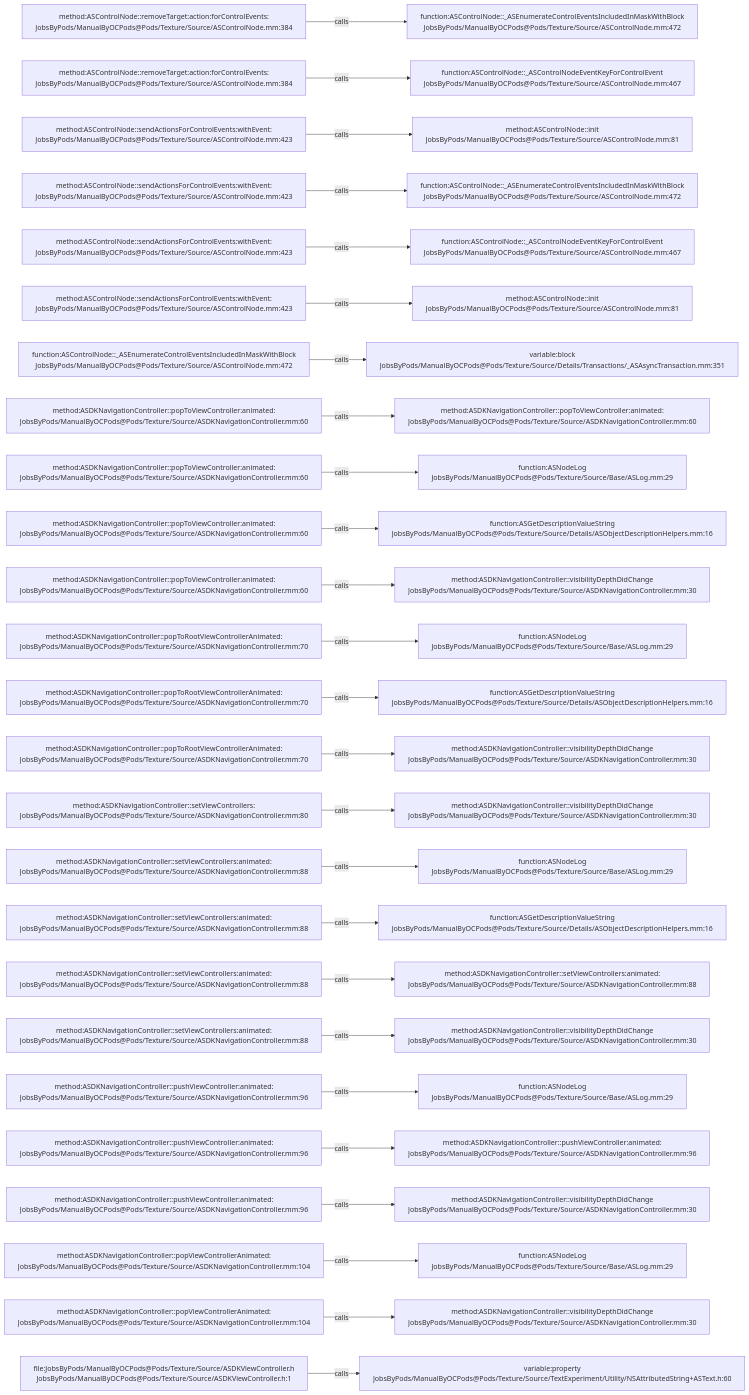
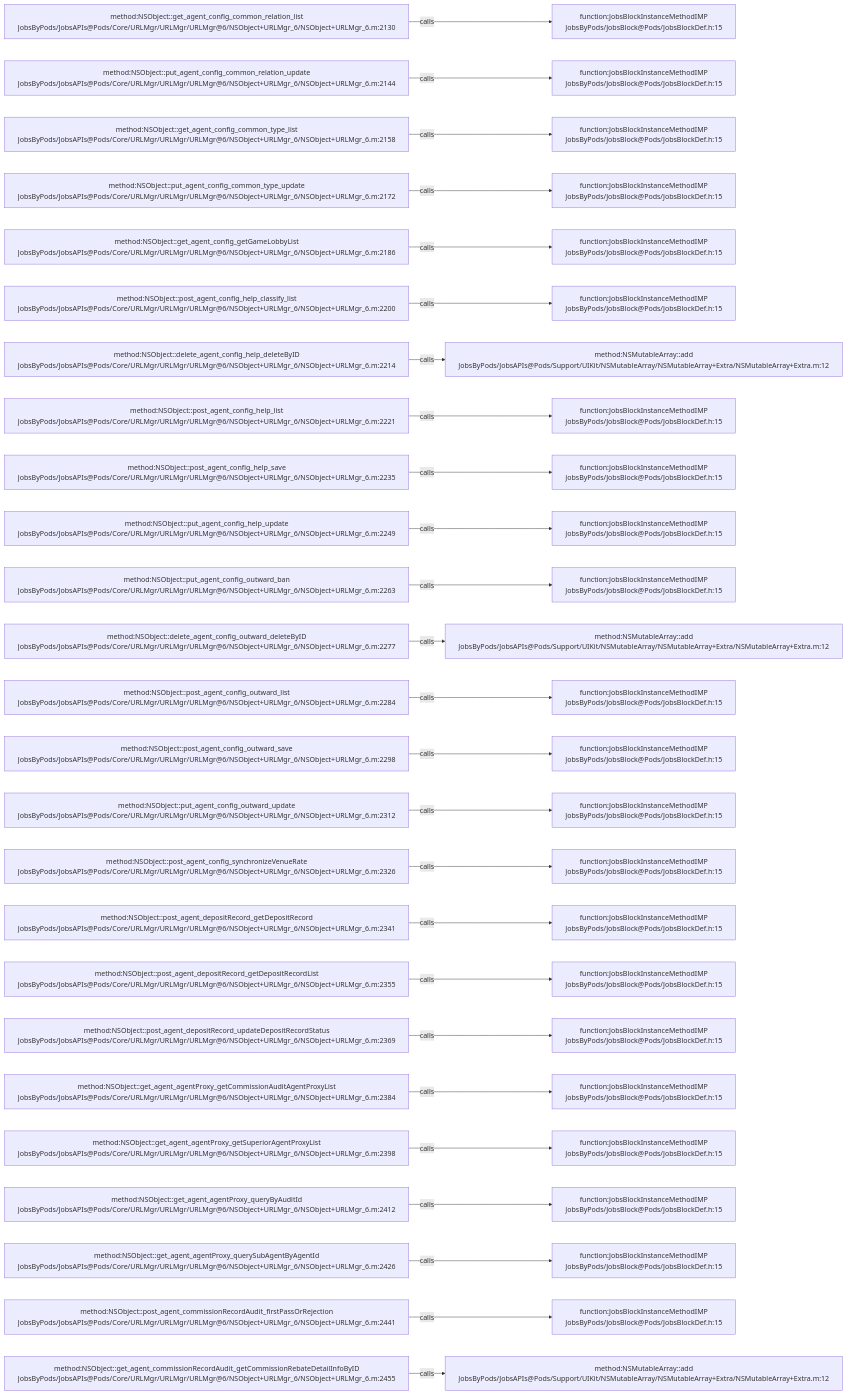
The diagram in .codegraph/codegraph.md/graphs/calls-073.md (JobsKits/JobsOCBaseConfigDemo), drawn with Mermaid before and after one commit. The commit also changed 768 other files, not shown here.

````diff
--- a/.codegraph/codegraph.md/graphs/calls-073.md
+++ b/.codegraph/codegraph.md/graphs/calls-073.md
@@ -13,78 +13,78 @@
 ```mermaid
 flowchart LR
-  S1["method:ASControlNode::removeTarget:action:forControlEvents:<br/>JobsByPods/ManualByOCPods@Pods/Texture/Source/ASControlNode.mm:384"]
-  T1["function:ASControlNode::_ASEnumerateControlEventsIncludedInMaskWithBlock<br/>JobsByPods/ManualByOCPods@Pods/Texture/Source/ASControlNode.mm:472"]
+  S1["method:NSObject::get_agent_config_common_relation_list<br/>JobsByPods/JobsAPIs@Pods/Core/URLMgr/URLMgr/URLMgr@6/NSObject+URLMgr_6/NSObject+URLMgr_6.m:2130"]
+  T1["function:JobsBlockInstanceMethodIMP<br/>JobsByPods/JobsBlock@Pods/JobsBlockDef.h:15"]
   S1 -->|calls| T1
-  S2["method:ASControlNode::removeTarget:action:forControlEvents:<br/>JobsByPods/ManualByOCPods@Pods/Texture/Source/ASControlNode.mm:384"]
-  T2["function:ASControlNode::_ASControlNodeEventKeyForControlEvent<br/>JobsByPods/ManualByOCPods@Pods/Texture/Source/ASControlNode.mm:467"]
+  S2["method:NSObject::put_agent_config_common_relation_update<br/>JobsByPods/JobsAPIs@Pods/Core/URLMgr/URLMgr/URLMgr@6/NSObject+URLMgr_6/NSObject+URLMgr_6.m:2144"]
+  T2["function:JobsBlockInstanceMethodIMP<br/>JobsByPods/JobsBlock@Pods/JobsBlockDef.h:15"]
   S2 -->|calls| T2
-  S3["method:ASControlNode::sendActionsForControlEvents:withEvent:<br/>JobsByPods/ManualByOCPods@Pods/Texture/Source/ASControlNode.mm:423"]
-  T3["method:ASControlNode::init<br/>JobsByPods/ManualByOCPods@Pods/Texture/Source/ASControlNode.mm:81"]
+  S3["method:NSObject::get_agent_config_common_type_list<br/>JobsByPods/JobsAPIs@Pods/Core/URLMgr/URLMgr/URLMgr@6/NSObject+URLMgr_6/NSObject+URLMgr_6.m:2158"]
+  T3["function:JobsBlockInstanceMethodIMP<br/>JobsByPods/JobsBlock@Pods/JobsBlockDef.h:15"]
   S3 -->|calls| T3
-  S4["method:ASControlNode::sendActionsForControlEvents:withEvent:<br/>JobsByPods/ManualByOCPods@Pods/Texture/Source/ASControlNode.mm:423"]
-  T4["function:ASControlNode::_ASEnumerateControlEventsIncludedInMaskWithBlock<br/>JobsByPods/ManualByOCPods@Pods/Texture/Source/ASControlNode.mm:472"]
+  S4["method:NSObject::put_agent_config_common_type_update<br/>JobsByPods/JobsAPIs@Pods/Core/URLMgr/URLMgr/URLMgr@6/NSObject+URLMgr_6/NSObject+URLMgr_6.m:2172"]
+  T4["function:JobsBlockInstanceMethodIMP<br/>JobsByPods/JobsBlock@Pods/JobsBlockDef.h:15"]
   S4 -->|calls| T4
-  S5["method:ASControlNode::sendActionsForControlEvents:withEvent:<br/>JobsByPods/ManualByOCPods@Pods/Texture/Source/ASControlNode.mm:423"]
-  T5["function:ASControlNode::_ASControlNodeEventKeyForControlEvent<br/>JobsByPods/ManualByOCPods@Pods/Texture/Source/ASControlNode.mm:467"]
+  S5["method:NSObject::get_agent_config_getGameLobbyList<br/>JobsByPods/JobsAPIs@Pods/Core/URLMgr/URLMgr/URLMgr@6/NSObject+URLMgr_6/NSObject+URLMgr_6.m:2186"]
+  T5["function:JobsBlockInstanceMethodIMP<br/>JobsByPods/JobsBlock@Pods/JobsBlockDef.h:15"]
   S5 -->|calls| T5
-  S6["method:ASControlNode::sendActionsForControlEvents:withEvent:<br/>JobsByPods/ManualByOCPods@Pods/Texture/Source/ASControlNode.mm:423"]
-  T6["method:ASControlNode::init<br/>JobsByPods/ManualByOCPods@Pods/Texture/Source/ASControlNode.mm:81"]
+  S6["method:NSObject::post_agent_config_help_classify_list<br/>JobsByPods/JobsAPIs@Pods/Core/URLMgr/URLMgr/URLMgr@6/NSObject+URLMgr_6/NSObject+URLMgr_6.m:2200"]
+  T6["function:JobsBlockInstanceMethodIMP<br/>JobsByPods/JobsBlock@Pods/JobsBlockDef.h:15"]
   S6 -->|calls| T6
-  S7["function:ASControlNode::_ASEnumerateControlEventsIncludedInMaskWithBlock<br/>JobsByPods/ManualByOCPods@Pods/Texture/Source/ASControlNode.mm:472"]
-  T7["variable:block<br/>JobsByPods/ManualByOCPods@Pods/Texture/Source/Details/Transactions/_ASAsyncTransaction.mm:351"]
+  S7["method:NSObject::delete_agent_config_help_deleteByID<br/>JobsByPods/JobsAPIs@Pods/Core/URLMgr/URLMgr/URLMgr@6/NSObject+URLMgr_6/NSObject+URLMgr_6.m:2214"]
+  T7["method:NSMutableArray::add<br/>JobsByPods/JobsAPIs@Pods/Support/UIKit/NSMutableArray/NSMutableArray+Extra/NSMutableArray+Extra.m:12"]
   S7 -->|calls| T7
-  S8["method:ASDKNavigationController::popToViewController:animated:<br/>JobsByPods/ManualByOCPods@Pods/Texture/Source/ASDKNavigationController.mm:60"]
-  T8["method:ASDKNavigationController::popToViewController:animated:<br/>JobsByPods/ManualByOCPods@Pods/Texture/Source/ASDKNavigationController.mm:60"]
+  S8["method:NSObject::post_agent_config_help_list<br/>JobsByPods/JobsAPIs@Pods/Core/URLMgr/URLMgr/URLMgr@6/NSObject+URLMgr_6/NSObject+URLMgr_6.m:2221"]
+  T8["function:JobsBlockInstanceMethodIMP<br/>JobsByPods/JobsBlock@Pods/JobsBlockDef.h:15"]
   S8 -->|calls| T8
-  S9["method:ASDKNavigationController::popToViewController:animated:<br/>JobsByPods/ManualByOCPods@Pods/Texture/Source/ASDKNavigationController.mm:60"]
-  T9["function:ASNodeLog<br/>JobsByPods/ManualByOCPods@Pods/Texture/Source/Base/ASLog.mm:29"]
+  S9["method:NSObject::post_agent_config_help_save<br/>JobsByPods/JobsAPIs@Pods/Core/URLMgr/URLMgr/URLMgr@6/NSObject+URLMgr_6/NSObject+URLMgr_6.m:2235"]
+  T9["function:JobsBlockInstanceMethodIMP<br/>JobsByPods/JobsBlock@Pods/JobsBlockDef.h:15"]
   S9 -->|calls| T9
-  S10["method:ASDKNavigationController::popToViewController:animated:<br/>JobsByPods/ManualByOCPods@Pods/Texture/Source/ASDKNavigationController.mm:60"]
-  T10["function:ASGetDescriptionValueString<br/>JobsByPods/ManualByOCPods@Pods/Texture/Source/Details/ASObjectDescriptionHelpers.mm:16"]
+  S10["method:NSObject::put_agent_config_help_update<br/>JobsByPods/JobsAPIs@Pods/Core/URLMgr/URLMgr/URLMgr@6/NSObject+URLMgr_6/NSObject+URLMgr_6.m:2249"]
+  T10["function:JobsBlockInstanceMethodIMP<br/>JobsByPods/JobsBlock@Pods/JobsBlockDef.h:15"]
   S10 -->|calls| T10
-  S11["method:ASDKNavigationController::popToViewController:animated:<br/>JobsByPods/ManualByOCPods@Pods/Texture/Source/ASDKNavigationController.mm:60"]
-  T11["method:ASDKNavigationController::visibilityDepthDidChange<br/>JobsByPods/ManualByOCPods@Pods/Texture/Source/ASDKNavigationController.mm:30"]
+  S11["method:NSObject::put_agent_config_outward_ban<br/>JobsByPods/JobsAPIs@Pods/Core/URLMgr/URLMgr/URLMgr@6/NSObject+URLMgr_6/NSObject+URLMgr_6.m:2263"]
+  T11["function:JobsBlockInstanceMethodIMP<br/>JobsByPods/JobsBlock@Pods/JobsBlockDef.h:15"]
   S11 -->|calls| T11
-  S12["method:ASDKNavigationController::popToRootViewControllerAnimated:<br/>JobsByPods/ManualByOCPods@Pods/Texture/Source/ASDKNavigationController.mm:70"]
-  T12["function:ASNodeLog<br/>JobsByPods/ManualByOCPods@Pods/Texture/Source/Base/ASLog.mm:29"]
+  S12["method:NSObject::delete_agent_config_outward_deleteByID<br/>JobsByPods/JobsAPIs@Pods/Core/URLMgr/URLMgr/URLMgr@6/NSObject+URLMgr_6/NSObject+URLMgr_6.m:2277"]
+  T12["method:NSMutableArray::add<br/>JobsByPods/JobsAPIs@Pods/Support/UIKit/NSMutableArray/NSMutableArray+Extra/NSMutableArray+Extra.m:12"]
   S12 -->|calls| T12
-  S13["method:ASDKNavigationController::popToRootViewControllerAnimated:<br/>JobsByPods/ManualByOCPods@Pods/Texture/Source/ASDKNavigationController.mm:70"]
-  T13["function:ASGetDescriptionValueString<br/>JobsByPods/ManualByOCPods@Pods/Texture/Source/Details/ASObjectDescriptionHelpers.mm:16"]
+  S13["method:NSObject::post_agent_config_outward_list<br/>JobsByPods/JobsAPIs@Pods/Core/URLMgr/URLMgr/URLMgr@6/NSObject+URLMgr_6/NSObject+URLMgr_6.m:2284"]
+  T13["function:JobsBlockInstanceMethodIMP<br/>JobsByPods/JobsBlock@Pods/JobsBlockDef.h:15"]
   S13 -->|calls| T13
-  S14["method:ASDKNavigationController::popToRootViewControllerAnimated:<br/>JobsByPods/ManualByOCPods@Pods/Texture/Source/ASDKNavigationController.mm:70"]
-  T14["method:ASDKNavigationController::visibilityDepthDidChange<br/>JobsByPods/ManualByOCPods@Pods/Texture/Source/ASDKNavigationController.mm:30"]
+  S14["method:NSObject::post_agent_config_outward_save<br/>JobsByPods/JobsAPIs@Pods/Core/URLMgr/URLMgr/URLMgr@6/NSObject+URLMgr_6/NSObject+URLMgr_6.m:2298"]
+  T14["function:JobsBlockInstanceMethodIMP<br/>JobsByPods/JobsBlock@Pods/JobsBlockDef.h:15"]
   S14 -->|calls| T14
-  S15["method:ASDKNavigationController::setViewControllers:<br/>JobsByPods/ManualByOCPods@Pods/Texture/Source/ASDKNavigationController.mm:80"]
-  T15["method:ASDKNavigationController::visibilityDepthDidChange<br/>JobsByPods/ManualByOCPods@Pods/Texture/Source/ASDKNavigationController.mm:30"]
+  S15["method:NSObject::put_agent_config_outward_update<br/>JobsByPods/JobsAPIs@Pods/Core/URLMgr/URLMgr/URLMgr@6/NSObject+URLMgr_6/NSObject+URLMgr_6.m:2312"]
+  T15["function:JobsBlockInstanceMethodIMP<br/>JobsByPods/JobsBlock@Pods/JobsBlockDef.h:15"]
   S15 -->|calls| T15
-  S16["method:ASDKNavigationController::setViewControllers:animated:<br/>JobsByPods/ManualByOCPods@Pods/Texture/Source/ASDKNavigationController.mm:88"]
-  T16["function:ASNodeLog<br/>JobsByPods/ManualByOCPods@Pods/Texture/Source/Base/ASLog.mm:29"]
+  S16["method:NSObject::post_agent_config_synchronizeVenueRate<br/>JobsByPods/JobsAPIs@Pods/Core/URLMgr/URLMgr/URLMgr@6/NSObject+URLMgr_6/NSObject+URLMgr_6.m:2326"]
+  T16["function:JobsBlockInstanceMethodIMP<br/>JobsByPods/JobsBlock@Pods/JobsBlockDef.h:15"]
   S16 -->|calls| T16
-  S17["method:ASDKNavigationController::setViewControllers:animated:<br/>JobsByPods/ManualByOCPods@Pods/Texture/Source/ASDKNavigationController.mm:88"]
-  T17["function:ASGetDescriptionValueString<br/>JobsByPods/ManualByOCPods@Pods/Texture/Source/Details/ASObjectDescriptionHelpers.mm:16"]
+  S17["method:NSObject::post_agent_depositRecord_getDepositRecord<br/>JobsByPods/JobsAPIs@Pods/Core/URLMgr/URLMgr/URLMgr@6/NSObject+URLMgr_6/NSObject+URLMgr_6.m:2341"]
+  T17["function:JobsBlockInstanceMethodIMP<br/>JobsByPods/JobsBlock@Pods/JobsBlockDef.h:15"]
   S17 -->|calls| T17
-  S18["method:ASDKNavigationController::setViewControllers:animated:<br/>JobsByPods/ManualByOCPods@Pods/Texture/Source/ASDKNavigationController.mm:88"]
-  T18["method:ASDKNavigationController::setViewControllers:animated:<br/>JobsByPods/ManualByOCPods@Pods/Texture/Source/ASDKNavigationController.mm:88"]
+  S18["method:NSObject::post_agent_depositRecord_getDepositRecordList<br/>JobsByPods/JobsAPIs@Pods/Core/URLMgr/URLMgr/URLMgr@6/NSObject+URLMgr_6/NSObject+URLMgr_6.m:2355"]
+  T18["function:JobsBlockInstanceMethodIMP<br/>JobsByPods/JobsBlock@Pods/JobsBlockDef.h:15"]
   S18 -->|calls| T18
-  S19["method:ASDKNavigationController::setViewControllers:animated:<br/>JobsByPods/ManualByOCPods@Pods/Texture/Source/ASDKNavigationController.mm:88"]
-  T19["method:ASDKNavigationController::visibilityDepthDidChange<br/>JobsByPods/ManualByOCPods@Pods/Texture/Source/ASDKNavigationController.mm:30"]
+  S19["method:NSObject::post_agent_depositRecord_updateDepositRecordStatus<br/>JobsByPods/JobsAPIs@Pods/Core/URLMgr/URLMgr/URLMgr@6/NSObject+URLMgr_6/NSObject+URLMgr_6.m:2369"]
+  T19["function:JobsBlockInstanceMethodIMP<br/>JobsByPods/JobsBlock@Pods/JobsBlockDef.h:15"]
   S19 -->|calls| T19
-  S20["method:ASDKNavigationController::pushViewController:animated:<br/>JobsByPods/ManualByOCPods@Pods/Texture/Source/ASDKNavigationController.mm:96"]
-  T20["function:ASNodeLog<br/>JobsByPods/ManualByOCPods@Pods/Texture/Source/Base/ASLog.mm:29"]
+  S20["method:NSObject::get_agent_agentProxy_getCommissionAuditAgentProxyList<br/>JobsByPods/JobsAPIs@Pods/Core/URLMgr/URLMgr/URLMgr@6/NSObject+URLMgr_6/NSObject+URLMgr_6.m:2384"]
+  T20["function:JobsBlockInstanceMethodIMP<br/>JobsByPods/JobsBlock@Pods/JobsBlockDef.h:15"]
   S20 -->|calls| T20
-  S21["method:ASDKNavigationController::pushViewController:animated:<br/>JobsByPods/ManualByOCPods@Pods/Texture/Source/ASDKNavigationController.mm:96"]
-  T21["method:ASDKNavigationController::pushViewController:animated:<br/>JobsByPods/ManualByOCPods@Pods/Texture/Source/ASDKNavigationController.mm:96"]
+  S21["method:NSObject::get_agent_agentProxy_getSuperiorAgentProxyList<br/>JobsByPods/JobsAPIs@Pods/Core/URLMgr/URLMgr/URLMgr@6/NSObject+URLMgr_6/NSObject+URLMgr_6.m:2398"]
+  T21["function:JobsBlockInstanceMethodIMP<br/>JobsByPods/JobsBlock@Pods/JobsBlockDef.h:15"]
   S21 -->|calls| T21
-  S22["method:ASDKNavigationController::pushViewController:animated:<br/>JobsByPods/ManualByOCPods@Pods/Texture/Source/ASDKNavigationController.mm:96"]
-  T22["method:ASDKNavigationController::visibilityDepthDidChange<br/>JobsByPods/ManualByOCPods@Pods/Texture/Source/ASDKNavigationController.mm:30"]
+  S22["method:NSObject::get_agent_agentProxy_queryByAuditId<br/>JobsByPods/JobsAPIs@Pods/Core/URLMgr/URLMgr/URLMgr@6/NSObject+URLMgr_6/NSObject+URLMgr_6.m:2412"]
+  T22["function:JobsBlockInstanceMethodIMP<br/>JobsByPods/JobsBlock@Pods/JobsBlockDef.h:15"]
   S22 -->|calls| T22
-  S23["method:ASDKNavigationController::popViewControllerAnimated:<br/>JobsByPods/ManualByOCPods@Pods/Texture/Source/ASDKNavigationController.mm:104"]
-  T23["function:ASNodeLog<br/>JobsByPods/ManualByOCPods@Pods/Texture/Source/Base/ASLog.mm:29"]
+  S23["method:NSObject::get_agent_agentProxy_querySubAgentByAgentId<br/>JobsByPods/JobsAPIs@Pods/Core/URLMgr/URLMgr/URLMgr@6/NSObject+URLMgr_6/NSObject+URLMgr_6.m:2426"]
+  T23["function:JobsBlockInstanceMethodIMP<br/>JobsByPods/JobsBlock@Pods/JobsBlockDef.h:15"]
   S23 -->|calls| T23
-  S24["method:ASDKNavigationController::popViewControllerAnimated:<br/>JobsByPods/ManualByOCPods@Pods/Texture/Source/ASDKNavigationController.mm:104"]
-  T24["method:ASDKNavigationController::visibilityDepthDidChange<br/>JobsByPods/ManualByOCPods@Pods/Texture/Source/ASDKNavigationController.mm:30"]
+  S24["method:NSObject::post_agent_commissionRecordAudit_firstPassOrRejection<br/>JobsByPods/JobsAPIs@Pods/Core/URLMgr/URLMgr/URLMgr@6/NSObject+URLMgr_6/NSObject+URLMgr_6.m:2441"]
+  T24["function:JobsBlockInstanceMethodIMP<br/>JobsByPods/JobsBlock@Pods/JobsBlockDef.h:15"]
   S24 -->|calls| T24
-  S25["file:JobsByPods/ManualByOCPods@Pods/Texture/Source/ASDKViewController.h<br/>JobsByPods/ManualByOCPods@Pods/Texture/Source/ASDKViewController.h:1"]
-  T25["variable:property<br/>JobsByPods/ManualByOCPods@Pods/Texture/Source/TextExperiment/Utility/NSAttributedString+ASText.h:60"]
+  S25["method:NSObject::get_agent_commissionRecordAudit_getCommissionRebateDetailInfoByID<br/>JobsByPods/JobsAPIs@Pods/Core/URLMgr/URLMgr/URLMgr@6/NSObject+URLMgr_6/NSObject+URLMgr_6.m:2455"]
+  T25["method:NSMutableArray::add<br/>JobsByPods/JobsAPIs@Pods/Support/UIKit/NSMutableArray/NSMutableArray+Extra/NSMutableArray+Extra.m:12"]
   S25 -->|calls| T25
 ```
````
